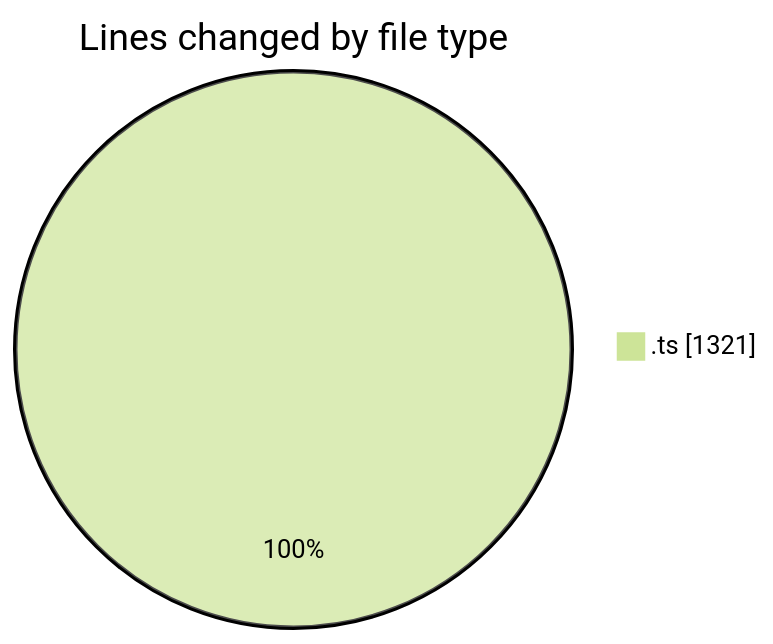
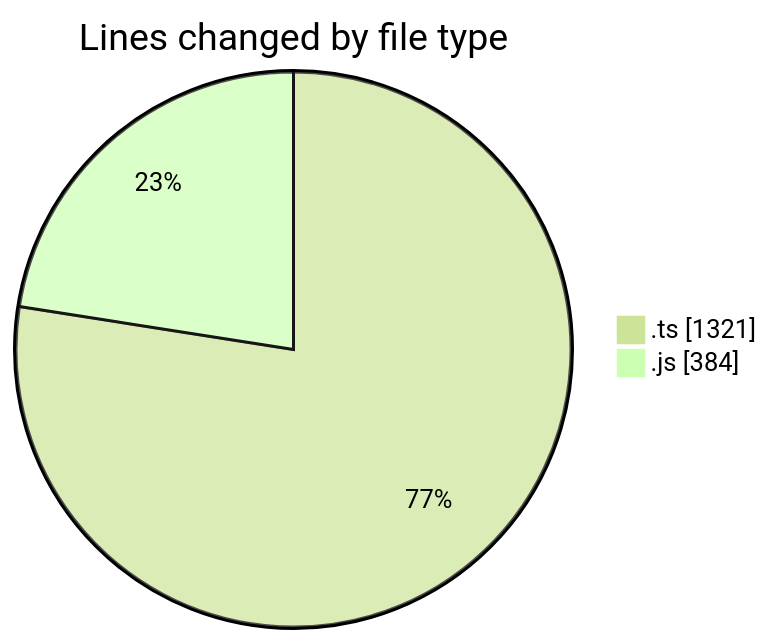
One commit to momahboobian/code-tracking changed the first of 2 diagrams in 2026-02-03/cda/README.md. Above: the diagram before and after it, drawn with Mermaid (forest theme). The commit also changed other lines of this file and 1 other file, not shown here.

````diff
--- a/2026-02-03/cda/README.md
+++ b/2026-02-03/cda/README.md
@@ -20,5 +21,6 @@
 ```mermaid
 pie showData
 title Lines changed by file type
 ".ts" : 1321
+".js" : 384
 ```
````
